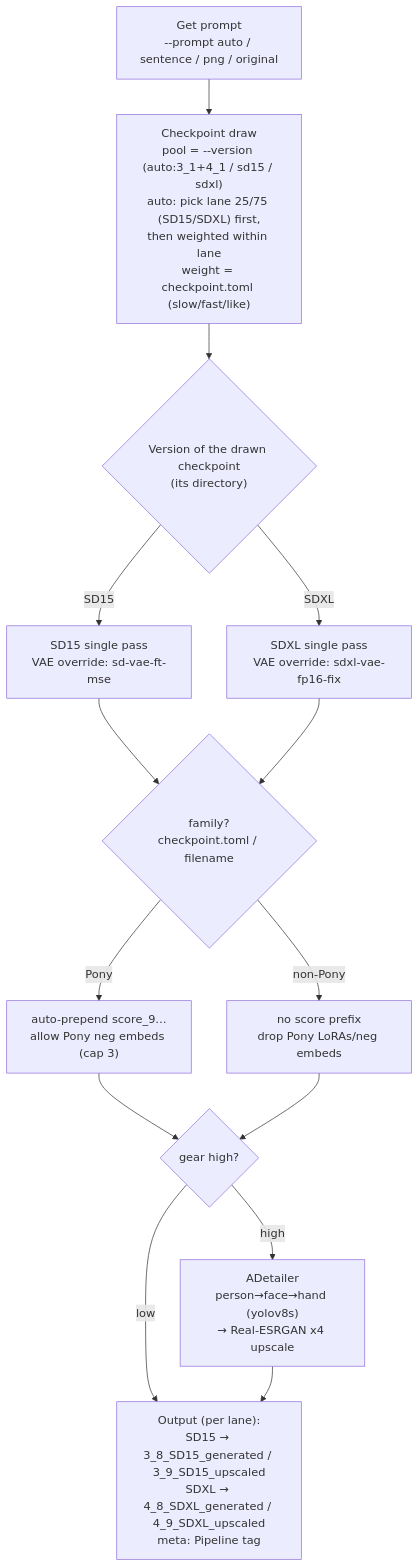
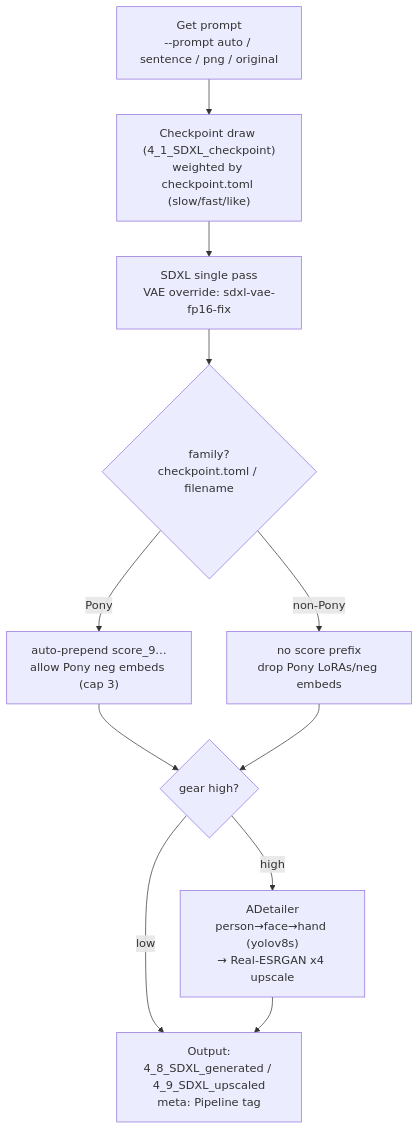
Before and after one commit to AZO234/comfyui_playground: the diagram in README.md, drawn with Mermaid. The commit also changed other lines of this file and 13 other files, not shown here.

````diff
--- a/README.md
+++ b/README.md
@@ -118,21 +113,16 @@
 ```mermaid
 flowchart TD
   P["Get prompt<br/>--prompt auto / sentence / png / original"]
-  P --> CK["Checkpoint draw<br/>pool = --version (auto:3_1+4_1 / sd15 / sdxl)<br/>auto: pick lane 25/75 (SD15/SDXL) first,<br/>then weighted within lane<br/>weight = checkpoint.toml (slow/fast/like)"]
-  CK --> V{"Version of the drawn checkpoint<br/>(its directory)"}
+  P --> CK["Checkpoint draw (4_1_SDXL_checkpoint)<br/>weighted by checkpoint.toml (slow/fast/like)"]
+  CK --> S2["SDXL single pass<br/>VAE override: sdxl-vae-fp16-fix"]
 
-  V -->|"SD15"| S1["SD15 single pass<br/>VAE override: sd-vae-ft-mse"]
-  V -->|"SDXL"| S2["SDXL single pass<br/>VAE override: sdxl-vae-fp16-fix"]
-
-  S1 --> FAM
-  S2 --> FAM
-  FAM{"family?<br/>checkpoint.toml / filename"}
+  S2 --> FAM{"family?<br/>checkpoint.toml / filename"}
   FAM -->|Pony| FP["auto-prepend score_9…<br/>allow Pony neg embeds (cap 3)"]
   FAM -->|non-Pony| FN["no score prefix<br/>drop Pony LoRAs/neg embeds"]
 
   FP --> HG{"gear high?"}
   FN --> HG
   HG -->|high| AD["ADetailer<br/>person→face→hand (yolov8s)<br/>→ Real-ESRGAN x4 upscale"]
   HG -->|low| OUT
-  AD --> OUT["Output (per lane):<br/>SD15 → 3_8_SD15_generated / 3_9_SD15_upscaled<br/>SDXL → 4_8_SDXL_generated / 4_9_SDXL_upscaled<br/>meta: Pipeline tag"]
+  AD --> OUT["Output:<br/>4_8_SDXL_generated / 4_9_SDXL_upscaled<br/>meta: Pipeline tag"]
 ```
````
